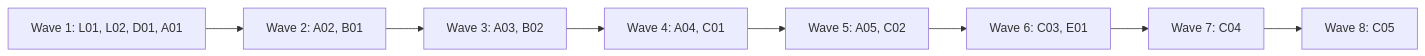
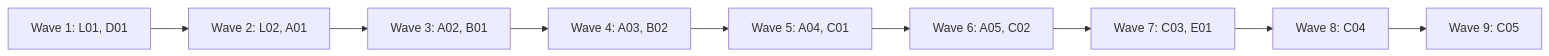
One commit to alfhen/gossamr-app changed the diagram in docs/plan-connections-finish.md. Above: the diagram before and after it, drawn with Mermaid. The commit also changed other lines of this file, not shown here.

````diff
--- a/docs/plan-connections-finish.md
+++ b/docs/plan-connections-finish.md
@@ -51,10 +51,11 @@
 ```mermaid
 flowchart LR
-  W1[Wave 1: L01, L02, D01, A01] --> W2[Wave 2: A02, B01]
-  W2 --> W3[Wave 3: A03, B02]
-  W3 --> W4[Wave 4: A04, C01]
-  W4 --> W5[Wave 5: A05, C02]
-  W5 --> W6[Wave 6: C03, E01]
-  W6 --> W7[Wave 7: C04]
-  W7 --> W8[Wave 8: C05]
+  W1[Wave 1: L01, D01] --> W2[Wave 2: L02, A01]
+  W2 --> W3[Wave 3: A02, B01]
+  W3 --> W4[Wave 4: A03, B02]
+  W4 --> W5[Wave 5: A04, C01]
+  W5 --> W6[Wave 6: A05, C02]
+  W6 --> W7[Wave 7: C03, E01]
+  W7 --> W8[Wave 8: C04]
+  W8 --> W9[Wave 9: C05]
 ```
````
